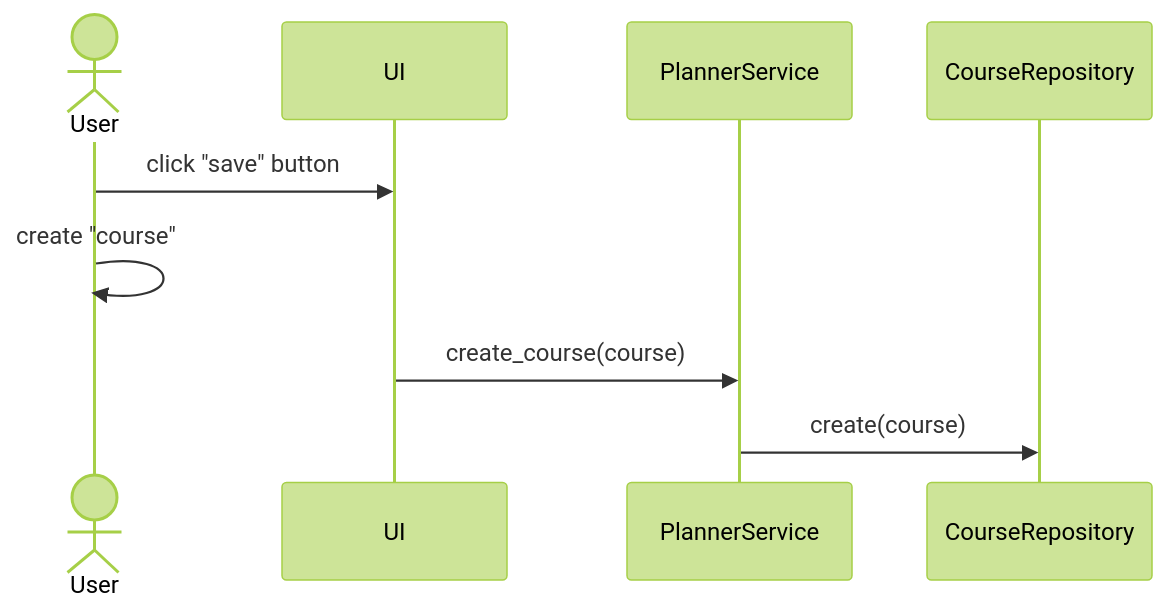
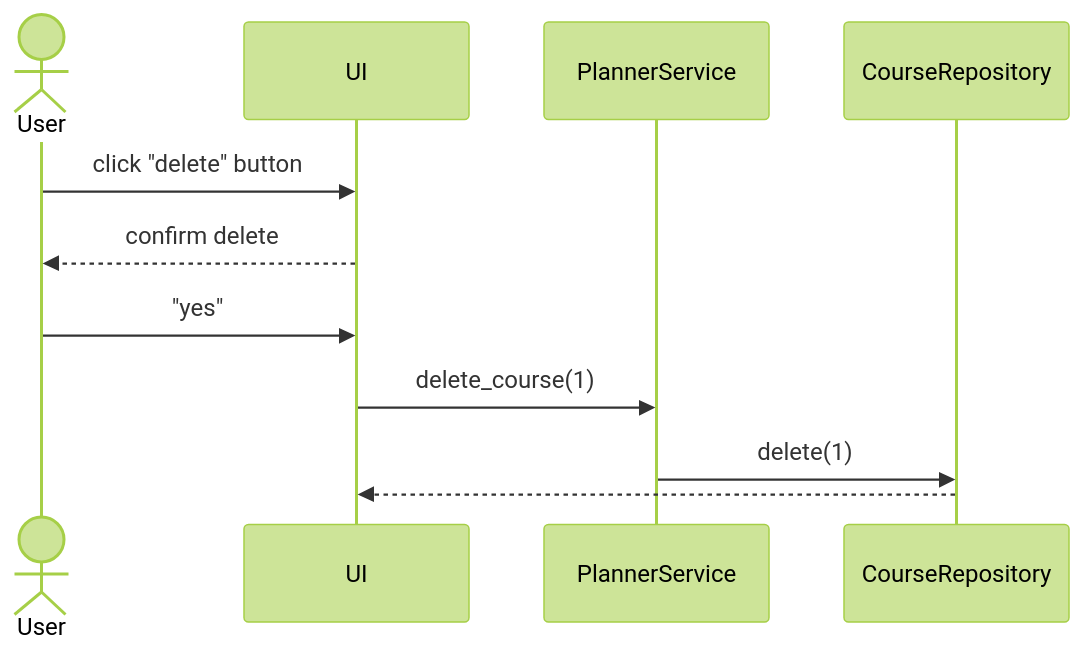
Before and after one commit to TheJiahao/ohte-harjoitustyo: the fourth of 5 diagrams in dokumentaatio/arkkitehtuuri.md, drawn with Mermaid (forest theme). The commit also changed other lines of this file and 3 other files, not shown here.

````diff
--- a/dokumentaatio/arkkitehtuuri.md
+++ b/dokumentaatio/arkkitehtuuri.md
@@ -39,12 +99,11 @@
 ```mermaid
 sequenceDiagram
 actor User
-participant UI
-participant PlannerService
-participant CourseRepository
 
-User ->> UI: click "save" button
-User ->> User: create "course"
-UI ->> PlannerService: create_course(course)
-PlannerService ->> CourseRepository: create(course)
+User ->> UI: click "delete" button
+UI -->> User: confirm delete
+User ->> UI: "yes"
+UI ->> PlannerService: delete_course(1)
+PlannerService ->> CourseRepository: delete(1)
+CourseRepository -->> UI: 
 ```
````
